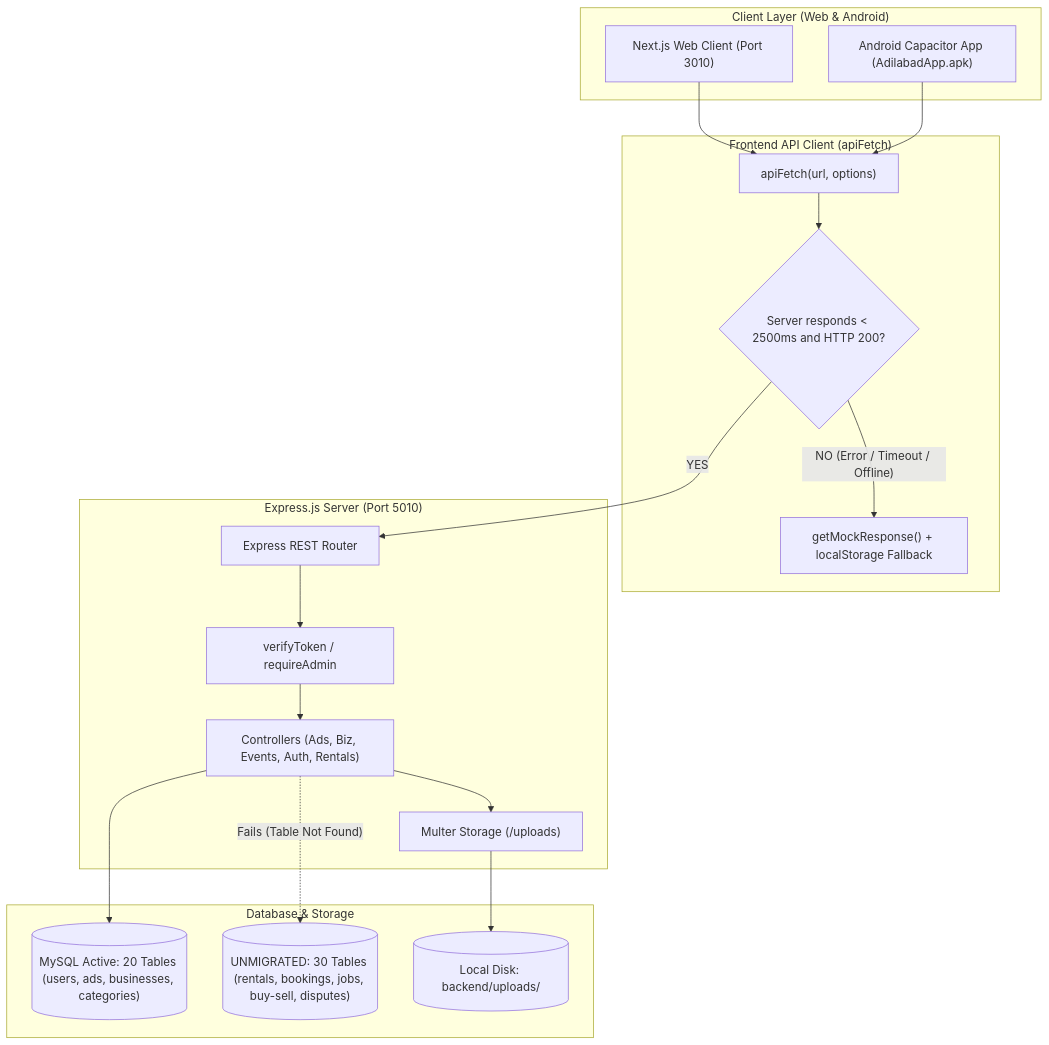
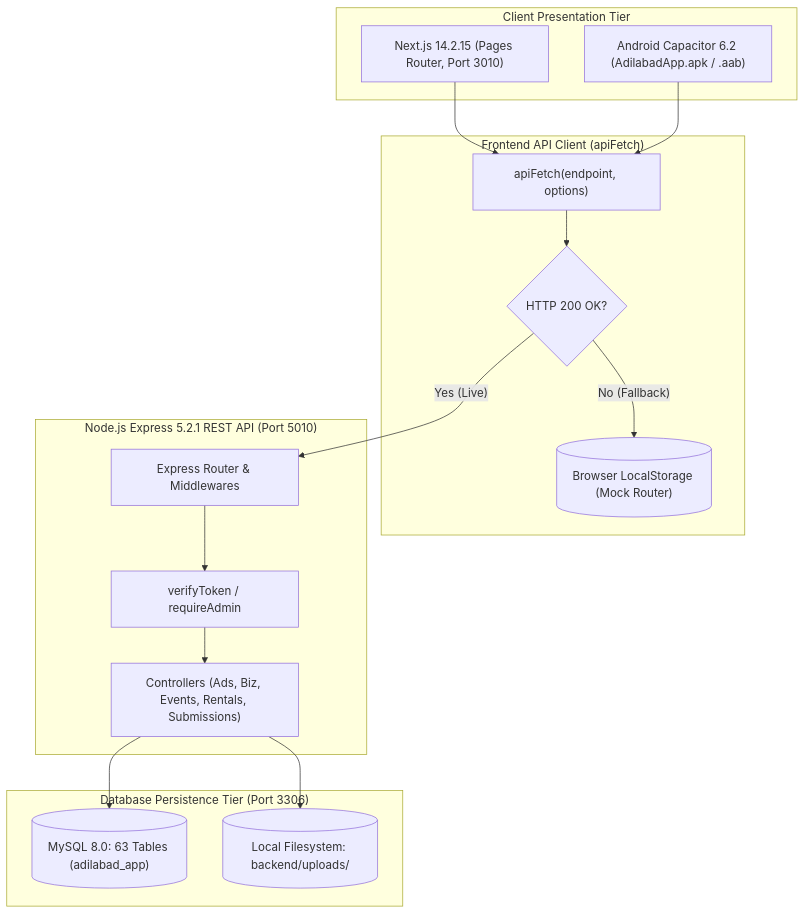
Before and after one commit to salehmohiuddin0786/ADILABADAPP: the diagram in ADILABAD_APP_COMPLETE_AUDIT_REPORT.md, drawn with Mermaid. The commit also changed other lines of this file and 289 other files, not shown here.

````diff
--- a/ADILABAD_APP_COMPLETE_AUDIT_REPORT.md
+++ b/ADILABAD_APP_COMPLETE_AUDIT_REPORT.md
@@ -76,38 +46,33 @@
 ```mermaid
 flowchart TD
-    subgraph ClientLayer["Client Layer (Web & Android)"]
-        Browser["Next.js Web Client (Port 3010)"]
-        Mobile["Android Capacitor App (AdilabadApp.apk)"]
+    subgraph Clients["Client Presentation Tier"]
+        Web["Next.js 14.2.15 (Pages Router, Port 3010)"]
+        Mobile["Android Capacitor 6.2 (AdilabadApp.apk / .aab)"]
     end
 
-    subgraph APIGateway["Frontend API Client (apiFetch)"]
-        APIFetch["apiFetch(url, options)"]
-        TimeoutCheck{"Server responds < 2500ms and HTTP 200?"}
-        MockRouter["getMockResponse() + localStorage Fallback"]
+    subgraph ClientDataEngine["Frontend API Client (apiFetch)"]
+        APIFetch["apiFetch(endpoint, options)"]
+        MockFallback{"HTTP 200 OK?"}
+        LSStorage[("Browser LocalStorage (Mock Router)")]
     end
 
-    subgraph BackendLayer["Express.js Server (Port 5010)"]
-        ExpressRouter["Express REST Router"]
+    subgraph BackendTier["Node.js Express 5.2.1 REST API (Port 5010)"]
+        Router["Express Router & Middlewares"]
         AuthMiddleware["verifyToken / requireAdmin"]
-        Multer["Multer Storage (/uploads)"]
-        Controllers["Controllers (Ads, Biz, Events, Auth, Rentals)"]
+        Controllers["Controllers (Ads, Biz, Events, Rentals, Submissions)"]
     end
 
-    subgraph PersistenceLayer["Database & Storage"]
-        ActiveDB[("MySQL Active: 20 Tables (users, ads, businesses, categories)")]
-        MissingTables[("UNMIGRATED: 30 Tables (rentals, bookings, jobs, buy-sell, disputes)")]
-        DiskStorage[("Local Disk: backend/uploads/")]
+    subgraph DatabaseTier["Database Persistence Tier (Port 3306)"]
+        MySQL[("MySQL 8.0: 63 Tables (adilabad_app)")]
+        DiskStorage[("Local Filesystem: backend/uploads/")]
     end
 
-    Browser --> APIFetch
+    Web --> APIFetch
     Mobile --> APIFetch
-    APIFetch --> TimeoutCheck
-    TimeoutCheck -- "NO (Error / Timeout / Offline)" --> MockRouter
-    TimeoutCheck -- "YES" --> ExpressRouter
-
-    ExpressRouter --> AuthMiddleware
-    AuthMiddleware --> Controllers
-    Controllers --> ActiveDB
-    Controllers -.->|"Fails (Table Not Found)"| MissingTables
-    Controllers --> Multer --> DiskStorage
+    APIFetch --> MockFallback
+    MockFallback -- "No (Fallback)" --> LSStorage
+    MockFallback -- "Yes (Live)" --> Router
+    Router --> AuthMiddleware --> Controllers
+    Controllers --> MySQL
+    Controllers --> DiskStorage
 ```
````
